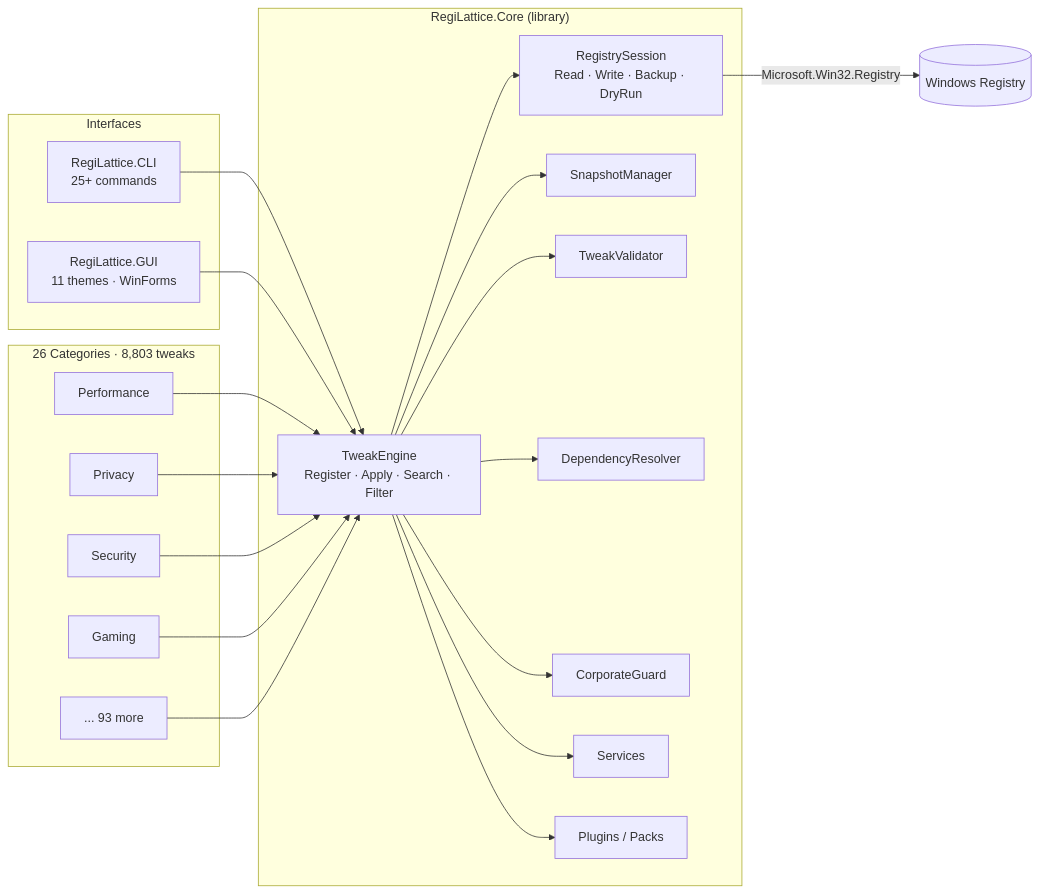
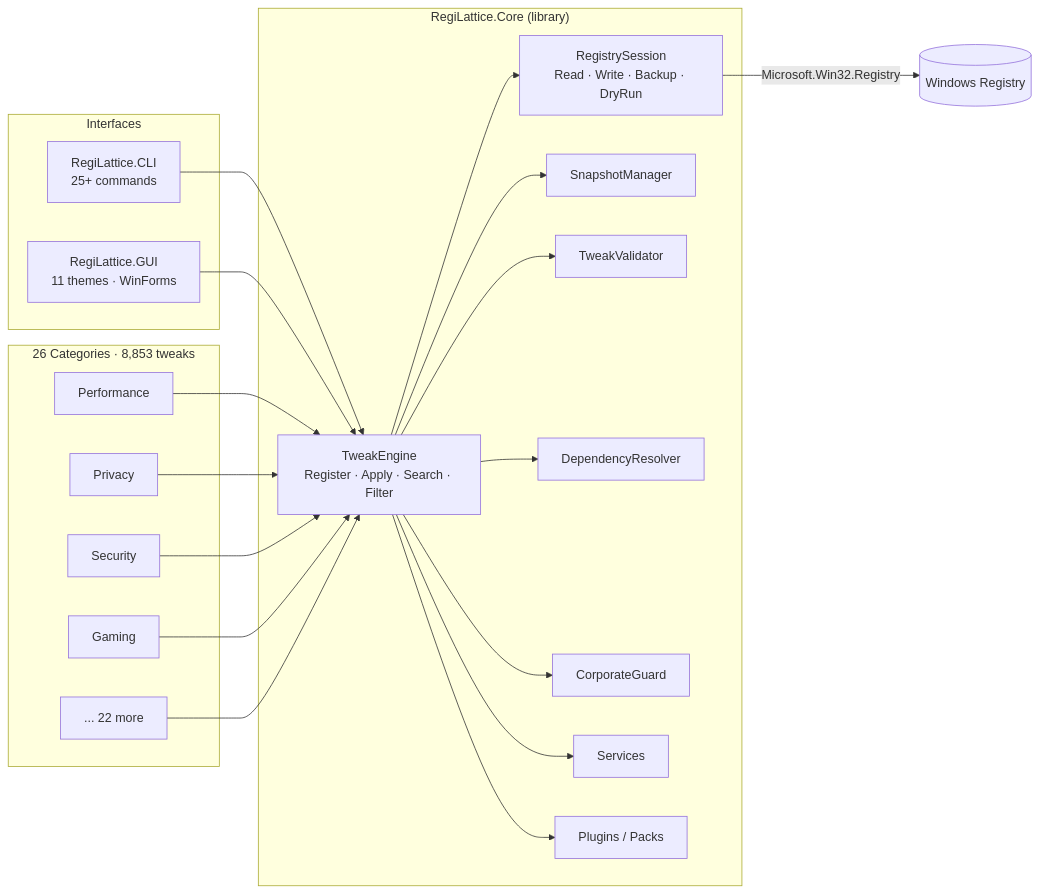
Before and after one commit to RajwanYair/RegiLattice: the first of 2 diagrams in README.md, drawn with Mermaid. The commit also changed other lines of this file and 14 other files, not shown here.

````diff
--- a/README.md
+++ b/README.md
@@ -88,38 +88,38 @@
 ```mermaid
 graph LR
     subgraph Interfaces
         CLI[RegiLattice.CLI<br/>25+ commands]
         GUI[RegiLattice.GUI<br/>11 themes · WinForms]
     end
 
     subgraph Core["RegiLattice.Core (library)"]
         TE[TweakEngine<br/>Register · Apply · Search · Filter]
         RS[RegistrySession<br/>Read · Write · Backup · DryRun]
         SM[SnapshotManager]
         TV[TweakValidator]
         DR[DependencyResolver]
         CG[CorporateGuard]
         SV[Services]
         PM[Plugins / Packs]
     end
 
-    subgraph Tweaks["26 Categories · 8,803 tweaks"]
+    subgraph Tweaks["26 Categories · 8,853 tweaks"]
         T1[Performance]
         T2[Privacy]
         T3[Security]
         T4[Gaming]
-        TN[... 93 more]
+        TN[... 22 more]
     end
 
     CLI --> TE
     GUI --> TE
     TE --> RS
     TE --> SM
     TE --> TV
     TE --> DR
     TE --> CG
     TE --> SV
     TE --> PM
     T1 & T2 & T3 & T4 & TN --> TE
     RS -->|Microsoft.Win32.Registry| WR[(Windows Registry)]
 ```
````
